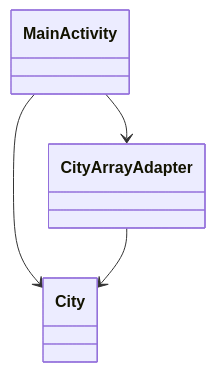
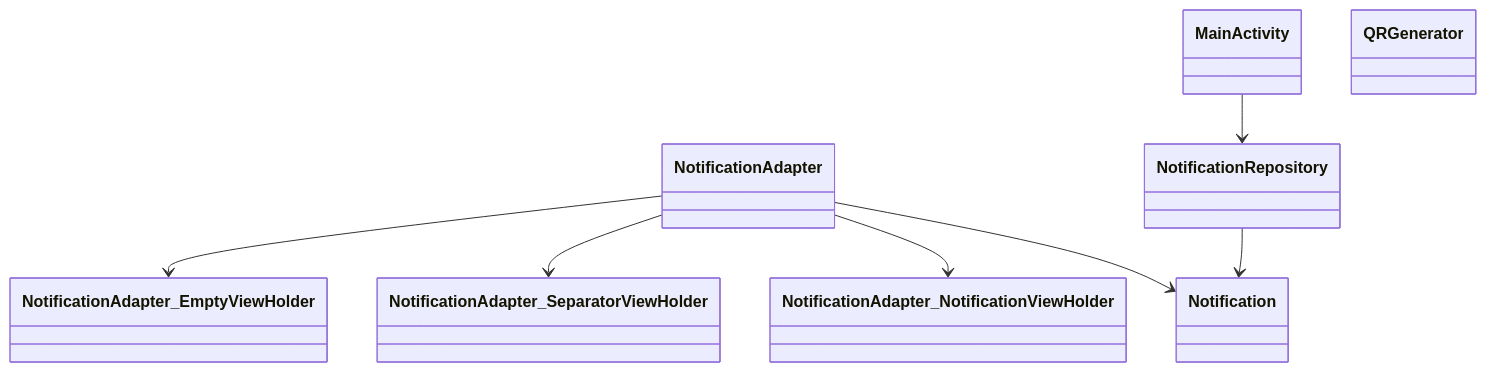
One commit to CMPUT301F25rocket/umlink changed the diagram in test.mmd. Above: the diagram before and after it, drawn with Mermaid. The commit also changed 8 other files, not shown here.

```diff
--- a/test.mmd
+++ b/test.mmd
@@ -1,11 +1,24 @@
 classDiagram
 
 class MainActivity
 
-class City
+class Notification
 
-class CityArrayAdapter
+class NotificationAdapter
 
-MainActivity --> City
-MainActivity --> CityArrayAdapter
-CityArrayAdapter --> City
+class NotificationAdapter_NotificationViewHolder
+
+class NotificationAdapter_SeparatorViewHolder
+
+class NotificationAdapter_EmptyViewHolder
+
+class NotificationRepository
+
+class QRGenerator
+
+NotificationAdapter --> Notification
+NotificationAdapter --> NotificationAdapter_NotificationViewHolder
+NotificationAdapter --> NotificationAdapter_SeparatorViewHolder
+NotificationAdapter --> NotificationAdapter_EmptyViewHolder
+NotificationRepository --> Notification
+MainActivity --> NotificationRepository
```
